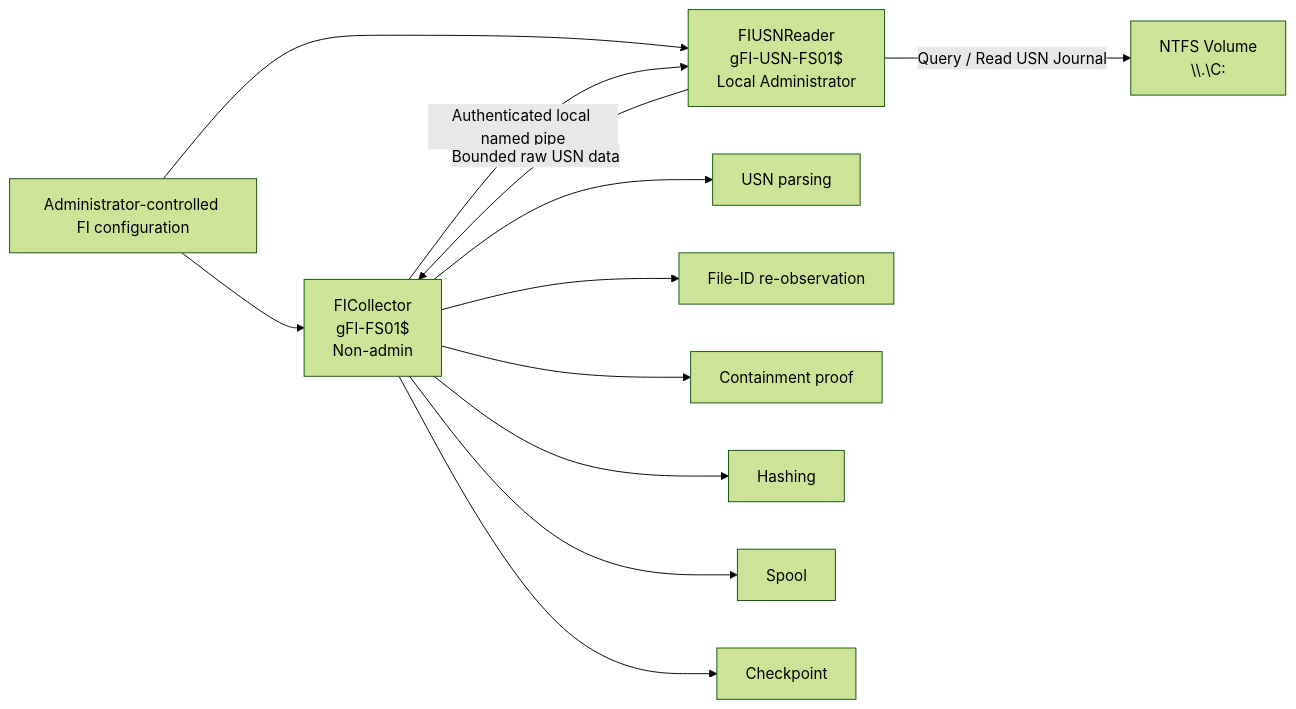
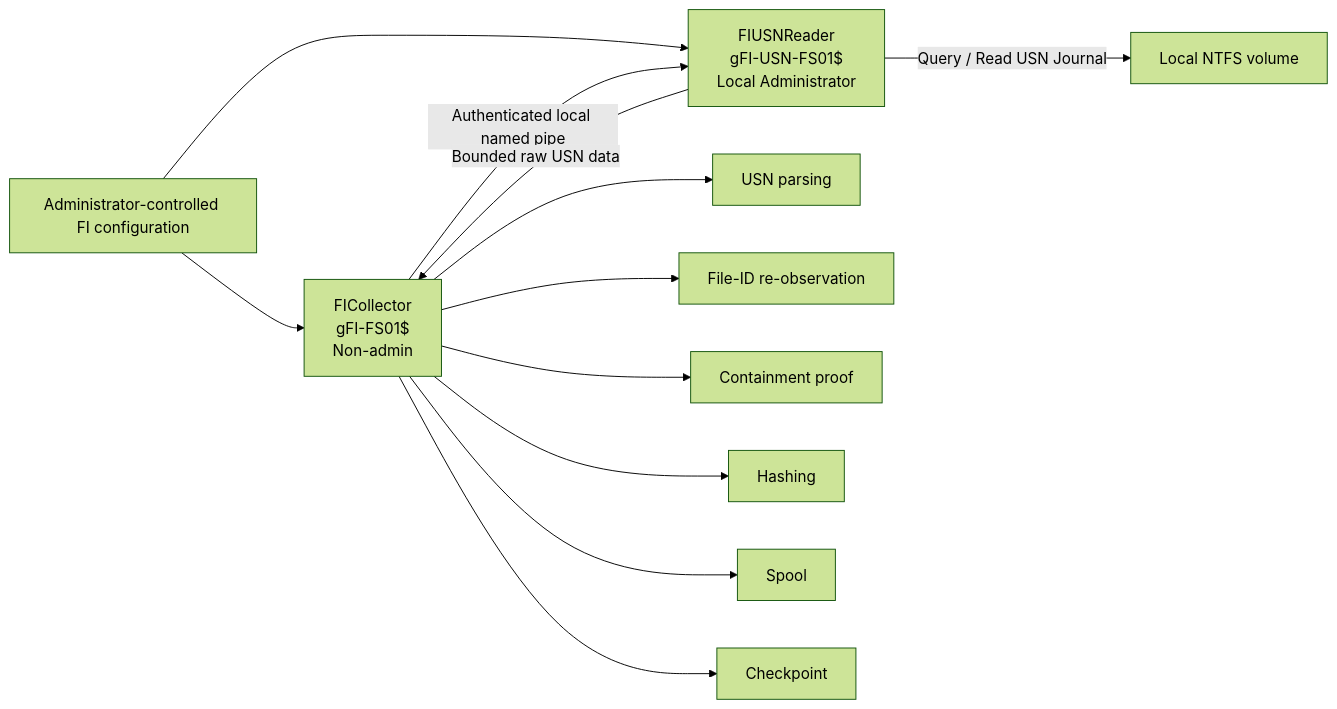
One commit to Iron-Signal-Systems/fi changed the first of 3 diagrams in docs/security/usn-privilege-boundary.md. Above: the diagram before and after it, drawn with Mermaid (forest theme). The commit also changed other lines of this file, not shown here.

Commit message:
fix formating for mermaid content

````diff
--- a/docs/security/usn-privilege-boundary.md
+++ b/docs/security/usn-privilege-boundary.md
@@ -542,16 +542,16 @@
 ```mermaid
 flowchart LR
-    A[Administrator-controlled FI configuration] --> B[FICollector<br/>gFI-FS01$<br/>Non-admin]
-    A --> C[FIUSNReader<br/>gFI-USN-FS01$<br/>Local Administrator]
+    A["Administrator-controlled FI configuration"] --> B["FICollector<br/>gFI-FS01$<br/>Non-admin"]
+    A --> C["FIUSNReader<br/>gFI-USN-FS01$<br/>Local Administrator"]
 
-    B -->|Authenticated local named pipe| C
-    C -->|Query / Read USN Journal| D[NTFS Volume<br/>\\.\C:]
-    C -->|Bounded raw USN data| B
+    B -->|"Authenticated local named pipe"| C
+    C -->|"Query / Read USN Journal"| D["Local NTFS volume"]
+    C -->|"Bounded raw USN data"| B
 
-    B --> E[USN parsing]
-    B --> F[File-ID re-observation]
-    B --> G[Containment proof]
-    B --> H[Hashing]
-    B --> I[Spool]
-    B --> J[Checkpoint]
+    B --> E["USN parsing"]
+    B --> F["File-ID re-observation"]
+    B --> G["Containment proof"]
+    B --> H["Hashing"]
+    B --> I["Spool"]
+    B --> J["Checkpoint"]
 ```
````
